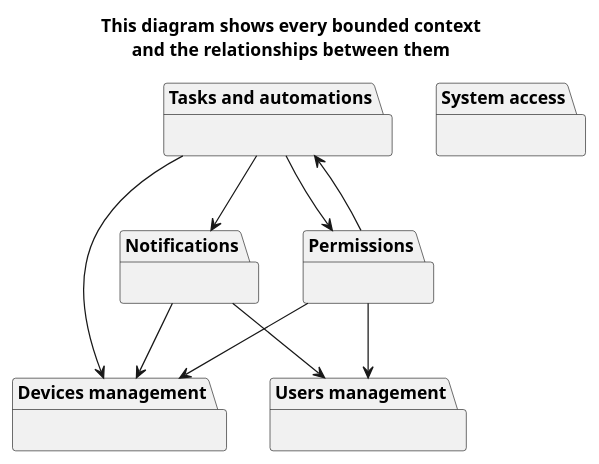
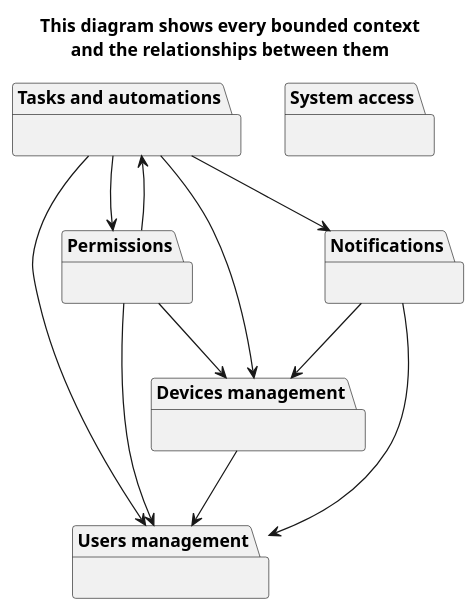
One commit to DomoticASW/.github changed the diagram in diagrams/src/context-map.puml. Above: the diagram before and after it, drawn with PlantUML. The commit also changed 2 other files, not shown here.

```diff
--- a/diagrams/src/context-map.puml
+++ b/diagrams/src/context-map.puml
@@ -1,25 +1,27 @@
 @startuml context-map
 
 hide empty members
 
 title
   This diagram shows every bounded context
   and the relationships between them
 end title
 
 package "System access" as SystemAccess {}
 package "Users management" as Users {}
 package "Devices management" as Devices {}
+Devices --> Users
 package "Tasks and automations" as Tasks {}
+Tasks --> Users
 Tasks -d-> Permissions
 Tasks --> Devices
 Tasks --> Notifications
 package "Permissions" {}
 Permissions --> Users
 Permissions -u-> Tasks
 Permissions --> Devices
 package "Notifications" {}
 Notifications --> Users
 Notifications --> Devices
 
 @enduml
```
